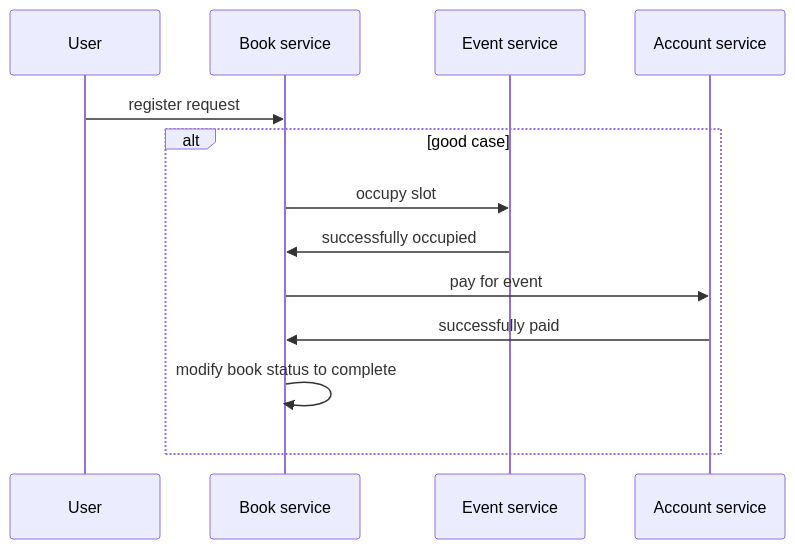
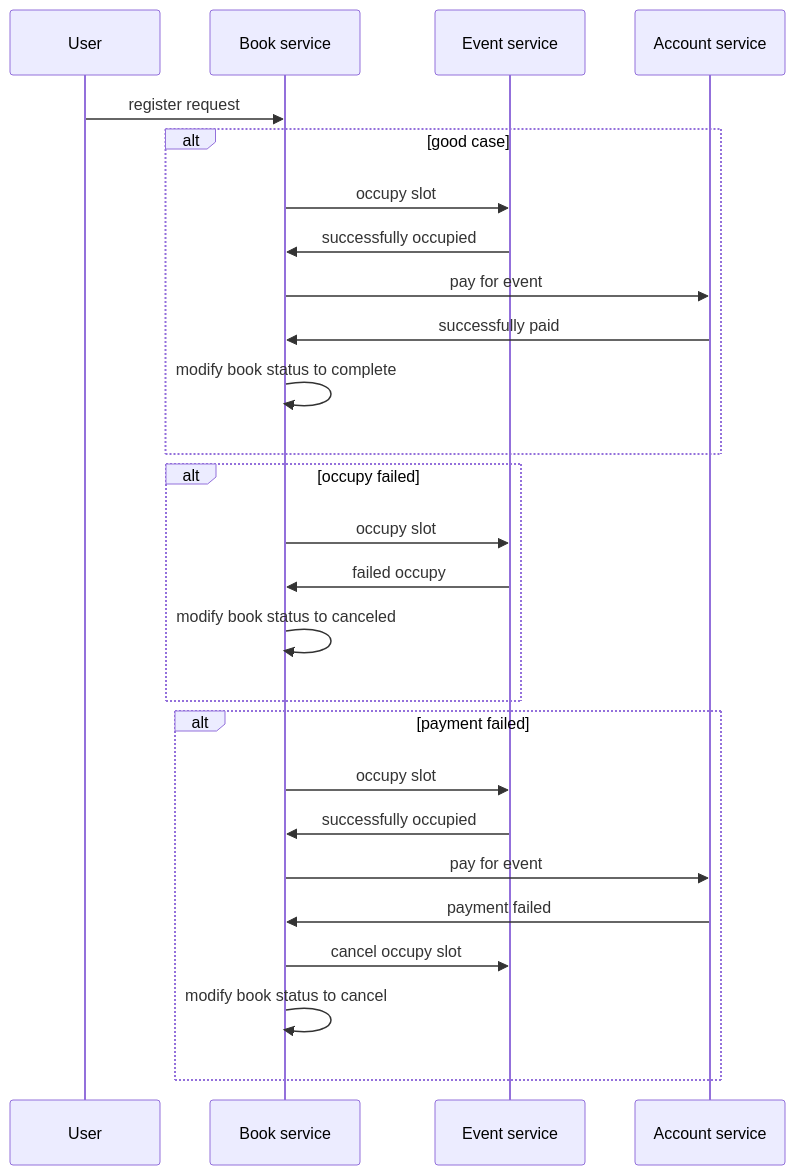
Before and after one commit to xost/otus-task-8: the diagram in README.md, drawn with Mermaid.

Commit message:
good case sequence diagram

````diff
--- a/README.md
+++ b/README.md
@@ -24,12 +24,26 @@
 ```mermaid
 %% успешная регистрация на мероприятие
     sequenceDiagram
         User ->> Book service: register request
         alt good case
         Book service ->> Event service: occupy slot
         Event service ->> Book service: successfully occupied
         Book service ->> Account service: pay for event
         Account service ->> Book service: successfully paid
         Book service ->> Book service: modify book status to complete
         end
+        alt occupy failed
+        Book service ->> Event service: occupy slot
+        Event service ->> Book service: failed occupy
+        Book service ->> Book service: modify book status to canceled
+        end
+        alt payment failed
+        Book service ->> Event service: occupy slot
+        Event service ->> Book service: successfully occupied
+        Book service ->> Account service: pay for event
+        Account service ->> Book service: payment failed
+        Book service ->> Event service: cancel occupy slot
+        Book service ->> Book service: modify book status to cancel
+        end
+
 ```
````
